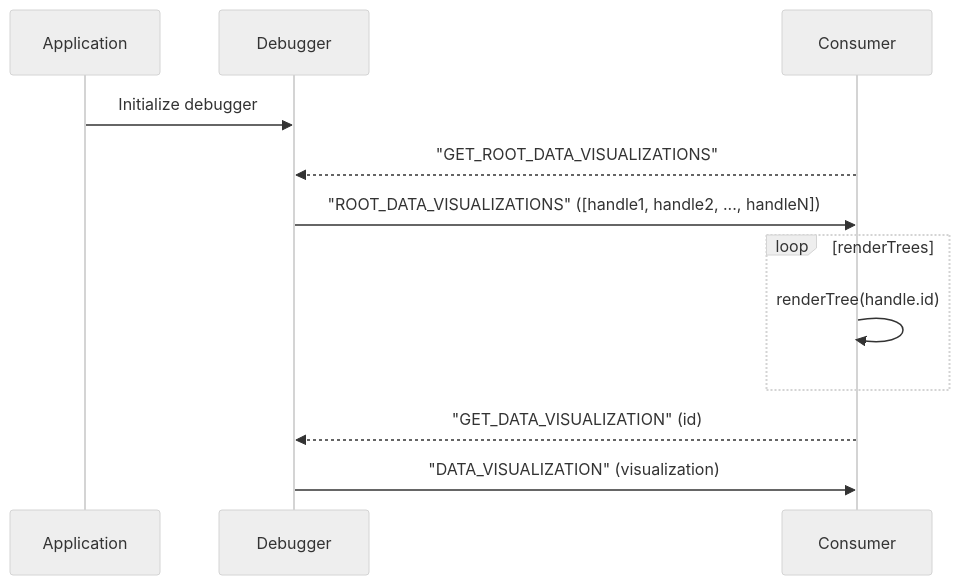
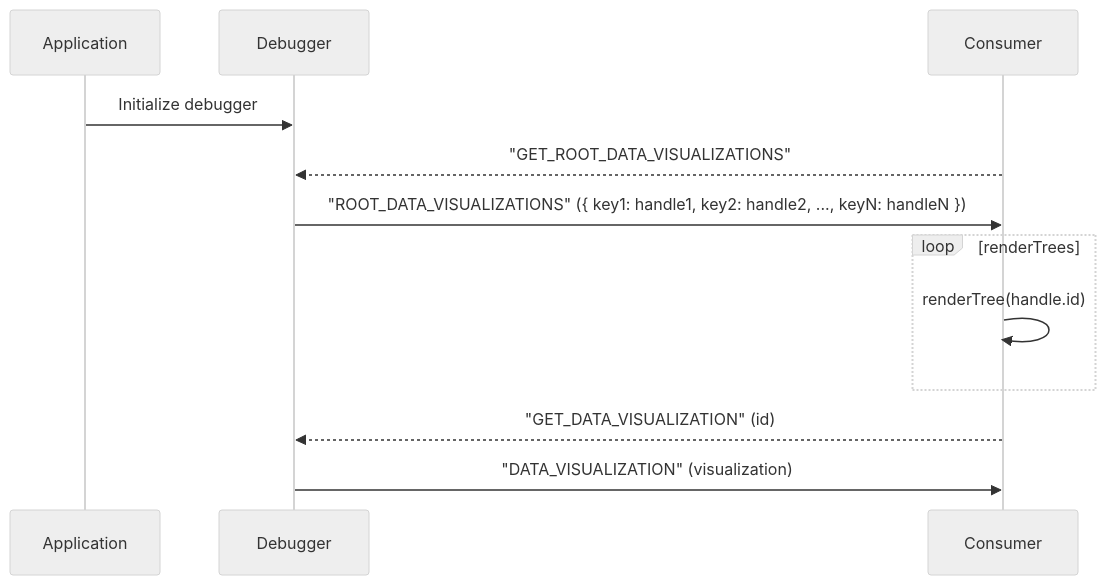
One commit to microsoft/FluidFramework changed the first of 2 diagrams in packages/tools/client-debugger/client-debugger/src/data-visualization/Overview.md. Above: the diagram before and after it, drawn with Mermaid (neutral theme). The commit also changed other lines of this file, not shown here.

Commit message:
docs: Update overview diagrams to match new type signatures

````diff
--- a/packages/tools/client-debugger/client-debugger/src/data-visualization/Overview.md
+++ b/packages/tools/client-debugger/client-debugger/src/data-visualization/Overview.md
@@ -31,15 +31,15 @@
 ```mermaid
 sequenceDiagram
 participant Application
 participant Debugger
 participant Consumer
 
 Application->>Debugger: Initialize debugger
 Consumer-->>Debugger: "GET_ROOT_DATA_VISUALIZATIONS"
-Debugger->>Consumer: "ROOT_DATA_VISUALIZATIONS" ([handle1, handle2, ..., handleN])
+Debugger->>Consumer: "ROOT_DATA_VISUALIZATIONS" ({ key1: handle1, key2: handle2, ..., keyN: handleN })
 loop renderTrees
 	Consumer->>Consumer: renderTree(handle.id)
 end
 Consumer-->>Debugger: "GET_DATA_VISUALIZATION" (id)
 Debugger->>Consumer: "DATA_VISUALIZATION" (visualization)
 ```
````
